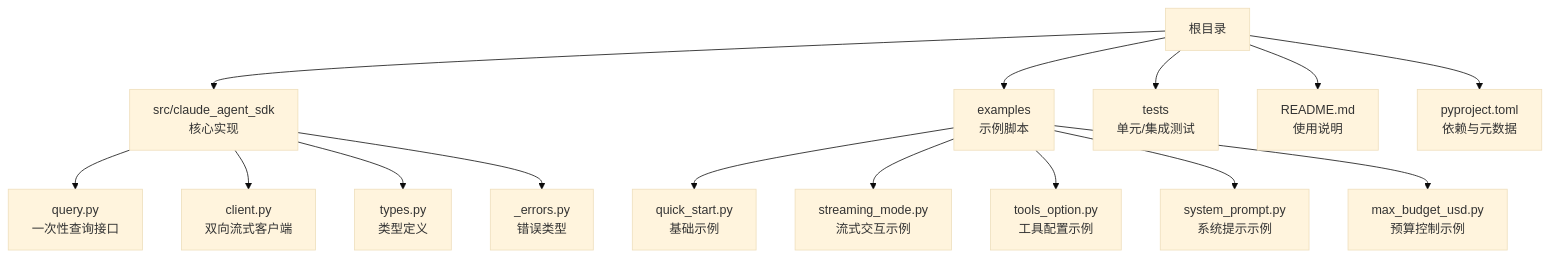
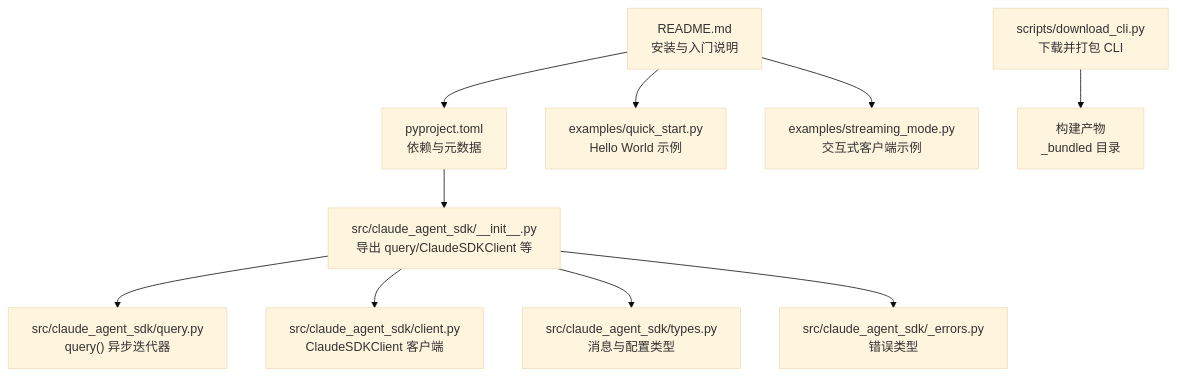
The first of 3 diagrams in .qoder/repowiki/zh/content/快速开始.md (defulat-coder/claude-agent-sdk-python), drawn with Mermaid (base theme) before and after one commit. The commit also changed other lines of this file and 77 other files, not shown here.

````diff
--- a/.qoder/repowiki/zh/content/快速开始.md
+++ b/.qoder/repowiki/zh/content/快速开始.md
@@ -43,17 +42,12 @@
 ```mermaid
 graph TB
-A["根目录"] --> B["src/claude_agent_sdk<br/>核心实现"]
-A --> C["examples<br/>示例脚本"]
-A --> D["tests<br/>单元/集成测试"]
-A --> E["README.md<br/>使用说明"]
-A --> F["pyproject.toml<br/>依赖与元数据"]
-B --> B1["query.py<br/>一次性查询接口"]
-B --> B2["client.py<br/>双向流式客户端"]
-B --> B3["types.py<br/>类型定义"]
-B --> B4["_errors.py<br/>错误类型"]
-C --> C1["quick_start.py<br/>基础示例"]
-C --> C2["streaming_mode.py<br/>流式交互示例"]
-C --> C3["tools_option.py<br/>工具配置示例"]
-C --> C4["system_prompt.py<br/>系统提示示例"]
-C --> C5["max_budget_usd.py<br/>预算控制示例"]
+A["README.md<br/>安装与入门说明"] --> B["pyproject.toml<br/>依赖与元数据"]
+B --> C["src/claude_agent_sdk/__init__.py<br/>导出 query/ClaudeSDKClient 等"]
+C --> D["src/claude_agent_sdk/query.py<br/>query() 异步迭代器"]
+C --> E["src/claude_agent_sdk/client.py<br/>ClaudeSDKClient 客户端"]
+C --> F["src/claude_agent_sdk/types.py<br/>消息与配置类型"]
+C --> G["src/claude_agent_sdk/_errors.py<br/>错误类型"]
+A --> H["examples/quick_start.py<br/>Hello World 示例"]
+A --> I["examples/streaming_mode.py<br/>交互式客户端示例"]
+J["scripts/download_cli.py<br/>下载并打包 CLI"] --> K["构建产物<br/>_bundled 目录"]
 ```
````
